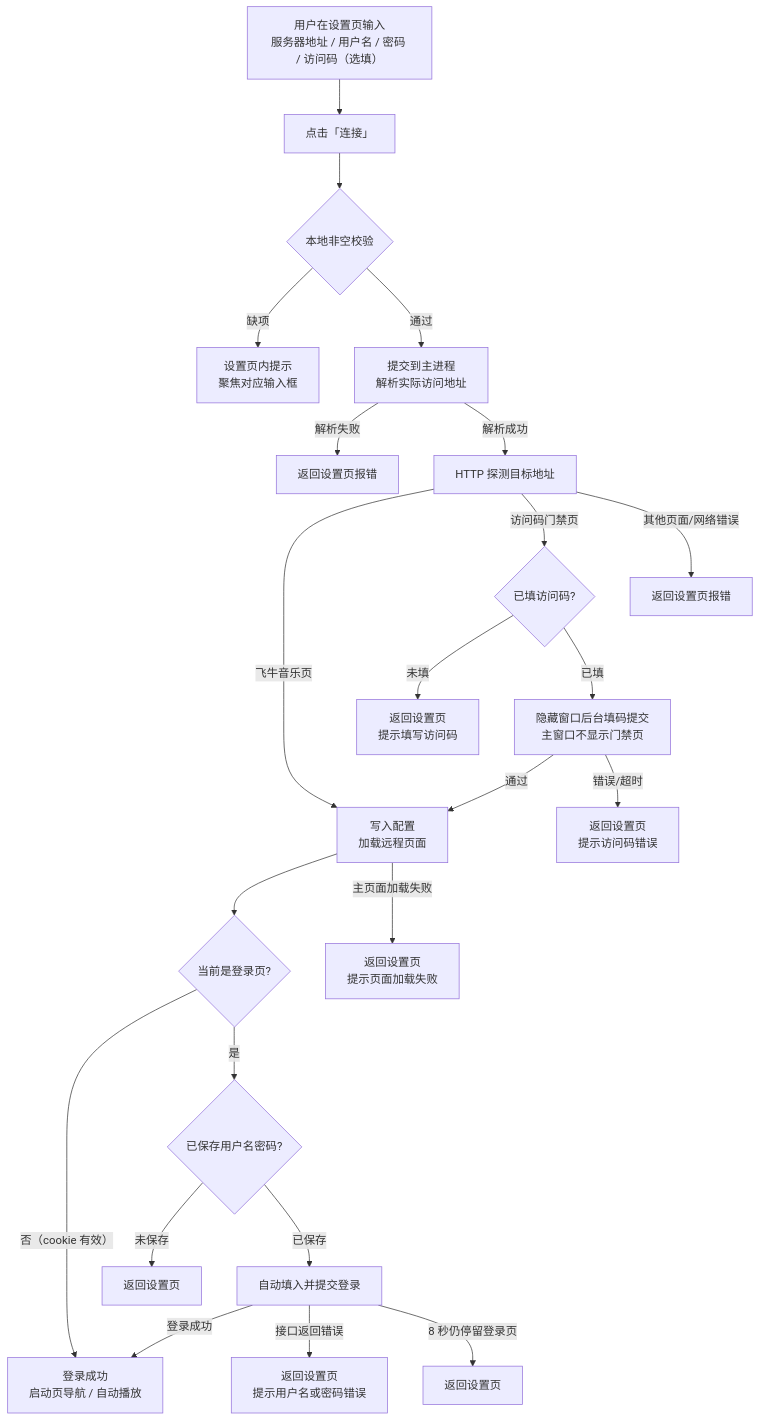
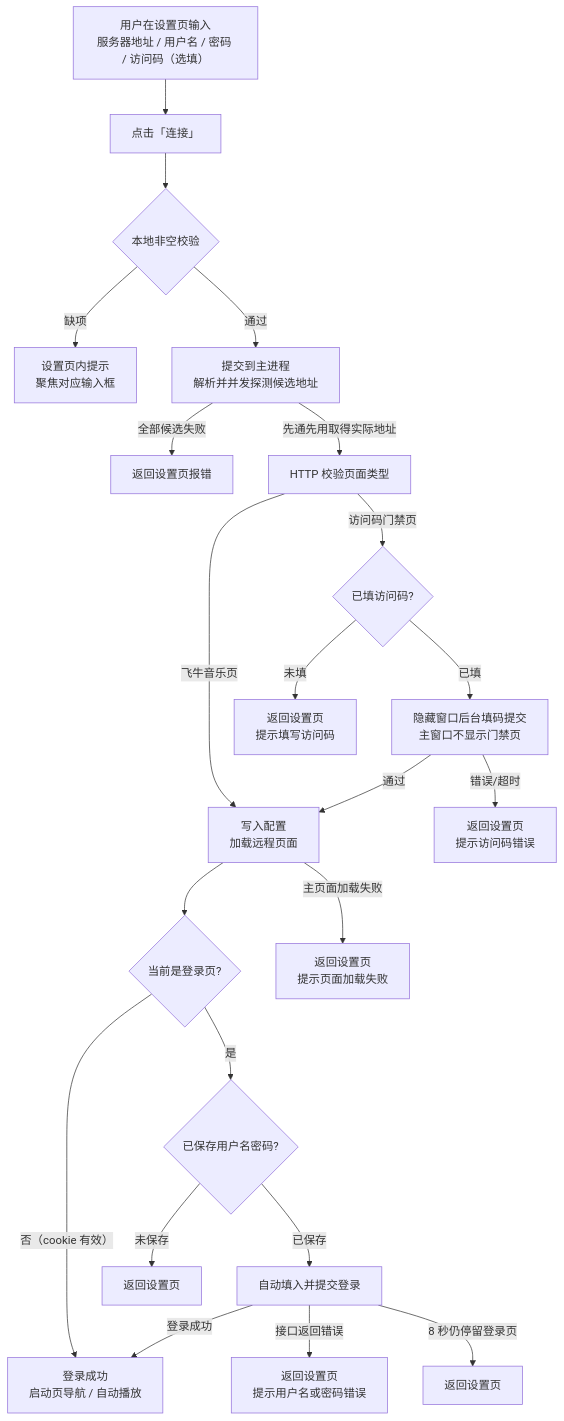
The diagram in docs/设置页登录流程.md (wbc389561407/fnmusic-exe), drawn with Mermaid before and after one commit. The commit also changed other lines of this file and 1 other file, not shown here.

````diff
--- a/docs/设置页登录流程.md
+++ b/docs/设置页登录流程.md
@@ -12,25 +12,24 @@
 ```mermaid
 flowchart TD
     A[用户在设置页输入<br>服务器地址 / 用户名 / 密码 / 访问码（选填）] --> B[点击「连接」]
     B --> C{本地非空校验}
     C -- 缺项 --> C1[设置页内提示<br>聚焦对应输入框]
-    C -- 通过 --> D[提交到主进程<br>解析实际访问地址]
-    D -- 解析失败 --> E1[返回设置页报错]
-    D -- 解析成功 --> F[HTTP 探测目标地址]
+    C -- 通过 --> D[提交到主进程<br>解析并并发探测候选地址]
+    D -- 全部候选失败 --> E1[返回设置页报错]
+    D -- 先通先用取得实际地址 --> F[HTTP 校验页面类型]
     F -- 飞牛音乐页 --> I[写入配置<br>加载远程页面]
     F -- 访问码门禁页 --> G{已填访问码?}
     G -- 未填 --> E2[返回设置页<br>提示填写访问码]
     G -- 已填 --> H[隐藏窗口后台填码提交<br>主窗口不显示门禁页]
     H -- 通过 --> I
     H -- 错误/超时 --> E3[返回设置页<br>提示访问码错误]
-    F -- 其他页面/网络错误 --> E4[返回设置页报错]
     I --> J{当前是登录页?}
     J -- 否（cookie 有效） --> K[登录成功<br>启动页导航 / 自动播放]
     J -- 是 --> L{已保存用户名密码?}
     L -- 未保存 --> M1[返回设置页]
     L -- 已保存 --> N[自动填入并提交登录]
     N -- 登录成功 --> K
     N -- 接口返回错误 --> M2[返回设置页<br>提示用户名或密码错误]
     N -- 8 秒仍停留登录页 --> M3[返回设置页]
     I -- 主页面加载失败 --> M4[返回设置页<br>提示页面加载失败]
 ```
````
